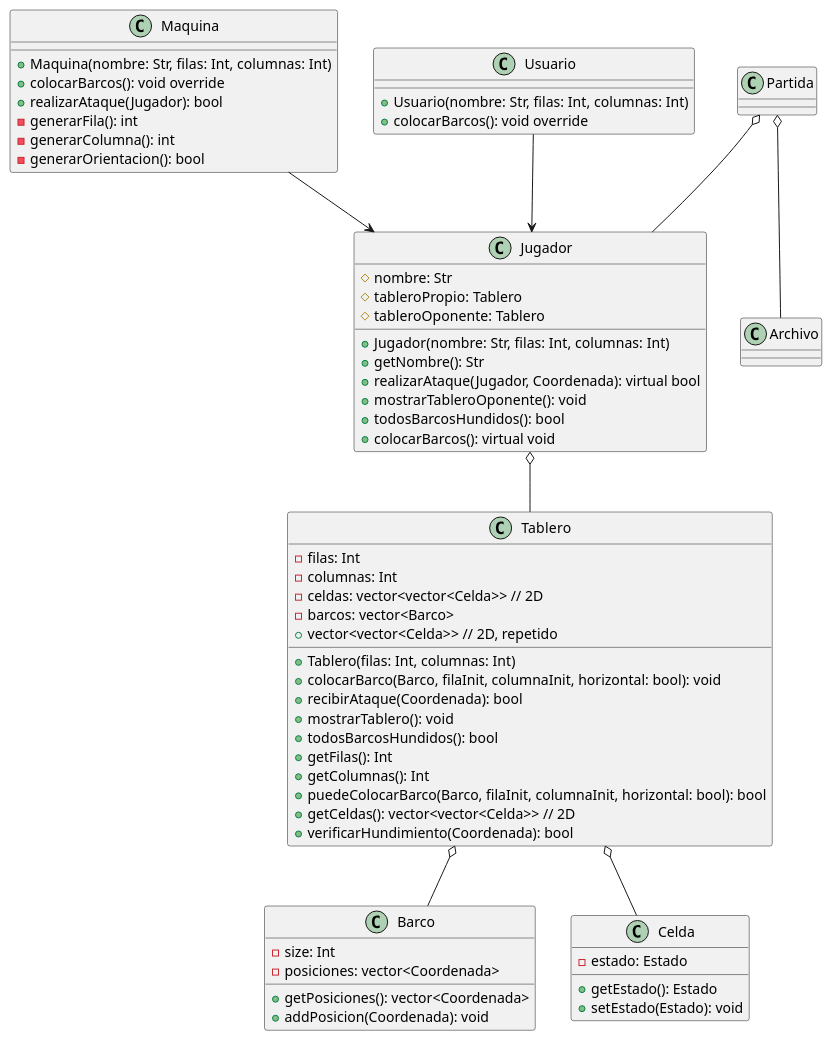
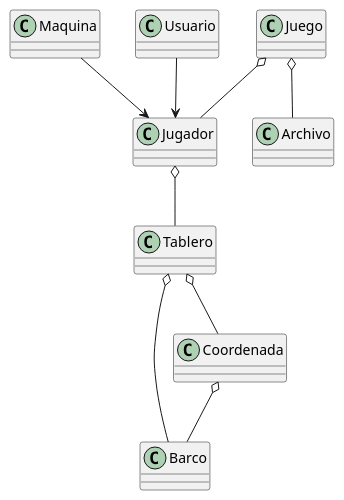
One commit to santiago6124/ProyectoFinalProg2 changed the diagram in docs/diagrama.wsd. Above: the diagram before and after it, drawn with PlantUML.

```diff
--- a/docs/diagrama.wsd
+++ b/docs/diagrama.wsd
@@ -1,81 +1,44 @@
 @startuml
 
 
 class Tablero {
-    - filas: Int
-    - columnas: Int
-    - celdas: vector<vector<Celda>> // 2D
-    - barcos: vector<Barco>
-    + Tablero(filas: Int, columnas: Int)
-    + colocarBarco(Barco, filaInit, columnaInit, horizontal: bool): void
-    + recibirAtaque(Coordenada): bool
-    + mostrarTablero(): void
-    + todosBarcosHundidos(): bool
-    + getFilas(): Int
-    + getColumnas(): Int
-    + puedeColocarBarco(Barco, filaInit, columnaInit, horizontal: bool): bool
-    + vector<vector<Celda>> // 2D, repetido
-    + getCeldas(): vector<vector<Celda>> // 2D
-    + verificarHundimiento(Coordenada): bool
 }
 
 class Jugador {
-    + Jugador(nombre: Str, filas: Int, columnas: Int)
-    + getNombre(): Str
-    + realizarAtaque(Jugador, Coordenada): virtual bool
-    + mostrarTableroOponente(): void
-    + todosBarcosHundidos(): bool
-    + colocarBarcos(): virtual void
-    # nombre: Str
-    # tableroPropio: Tablero
-    # tableroOponente: Tablero
 }
 
 Jugador o-- Tablero
 
 class Maquina {
-    + Maquina(nombre: Str, filas: Int, columnas: Int)
-    + colocarBarcos(): void override
-    + realizarAtaque(Jugador): bool
-    - generarFila(): int
-    - generarColumna(): int
-    - generarOrientacion(): bool
 }
 
 class Usuario{
-    + Usuario(nombre: Str, filas: Int, columnas: Int)
-    + colocarBarcos(): void override
 }
 
 Maquina --> Jugador
 Usuario --> Jugador
 
 class Barco {
-    - size: Int
-    - posiciones: vector<Coordenada>
-    + getPosiciones(): vector<Coordenada>
-    + addPosicion(Coordenada): void
 }
 
 Tablero o-- Barco
 
 ' Casillero=Coordenada=Celda
-class Celda{
-    - estado: Estado
-    + getEstado(): Estado
-    + setEstado(Estado): void
+class Coordenada{
 }
 
-Tablero o-- Celda
+Tablero o-- Coordenada
 
-class Partida{
+Coordenada o-- Barco
+
+class Juego{
 }
 
-Partida o-- Jugador
+Juego o-- Jugador
 
 class Archivo{
 }
 
-Partida o-- Archivo
+Juego o-- Archivo
 
 @enduml
```
